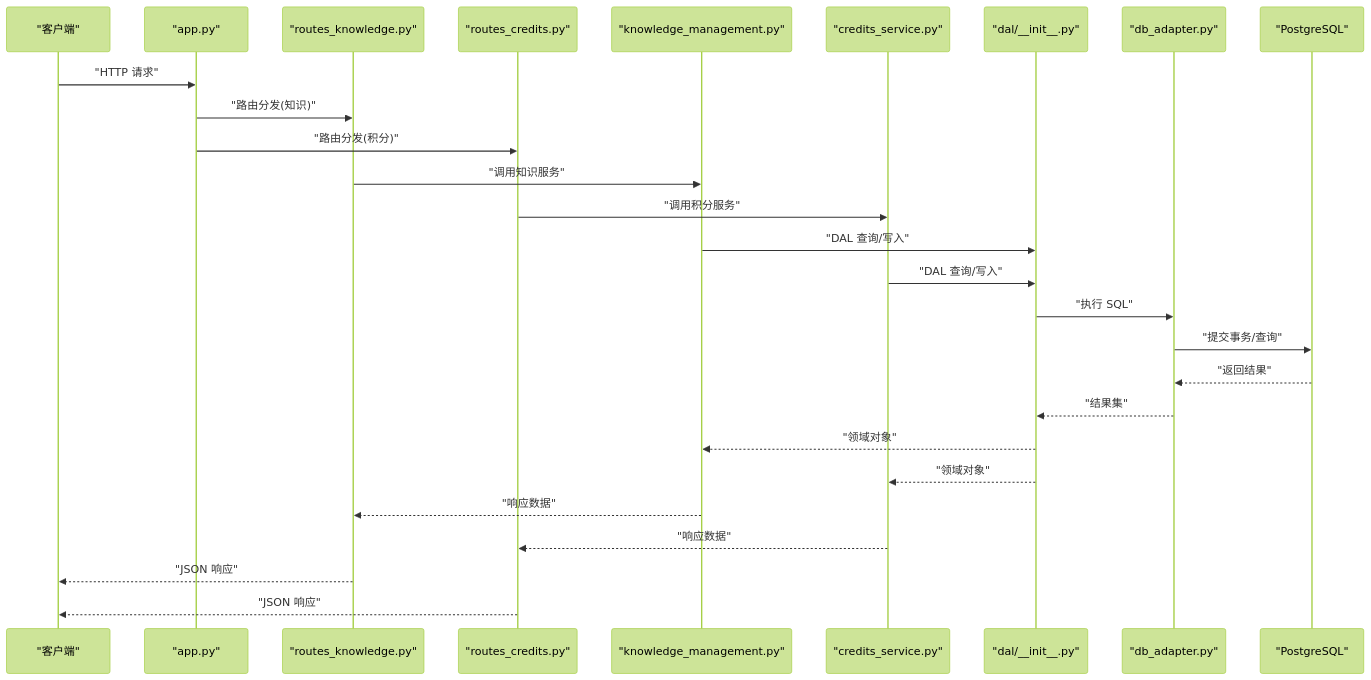
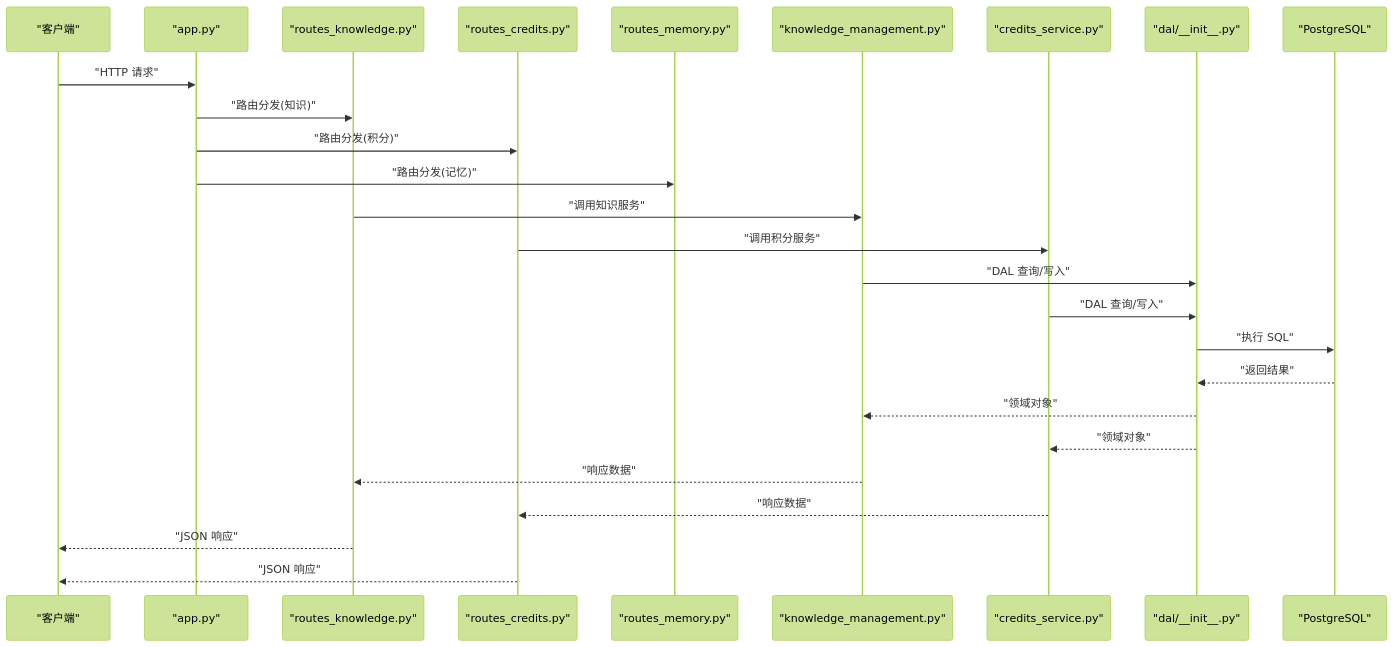
One commit to abokyoy/LectureLearnLoop changed the second of 8 diagrams in .qoder/repowiki/zh/content/数据库设计/数据库设计.md. Above: the diagram before and after it, drawn with Mermaid (forest theme). The commit also changed other lines of this file and 91 other files, not shown here.

````diff
--- a/.qoder/repowiki/zh/content/数据库设计/数据库设计.md
+++ b/.qoder/repowiki/zh/content/数据库设计/数据库设计.md
@@ -120,29 +127,28 @@
 ```mermaid
 sequenceDiagram
 participant Client as "客户端"
 participant App as "app.py"
 participant RoutesK as "routes_knowledge.py"
 participant RoutesC as "routes_credits.py"
+participant RoutesM as "routes_memory.py"
 participant ServiceKM as "knowledge_management.py"
 participant ServiceCS as "credits_service.py"
 participant DAL as "dal/__init__.py"
-participant DBA as "db_adapter.py"
 participant DB as "PostgreSQL"
 Client->>App : "HTTP 请求"
 App->>RoutesK : "路由分发(知识)"
 App->>RoutesC : "路由分发(积分)"
+App->>RoutesM : "路由分发(记忆)"
 RoutesK->>ServiceKM : "调用知识服务"
 RoutesC->>ServiceCS : "调用积分服务"
 ServiceKM->>DAL : "DAL 查询/写入"
 ServiceCS->>DAL : "DAL 查询/写入"
-DAL->>DBA : "执行 SQL"
-DBA->>DB : "提交事务/查询"
-DB-->>DBA : "返回结果"
-DBA-->>DAL : "结果集"
+DAL->>DB : "执行 SQL"
+DB-->>DAL : "返回结果"
 DAL-->>ServiceKM : "领域对象"
 DAL-->>ServiceCS : "领域对象"
 ServiceKM-->>RoutesK : "响应数据"
 ServiceCS-->>RoutesC : "响应数据"
 RoutesK-->>Client : "JSON 响应"
 RoutesC-->>Client : "JSON 响应"
 ```
````
